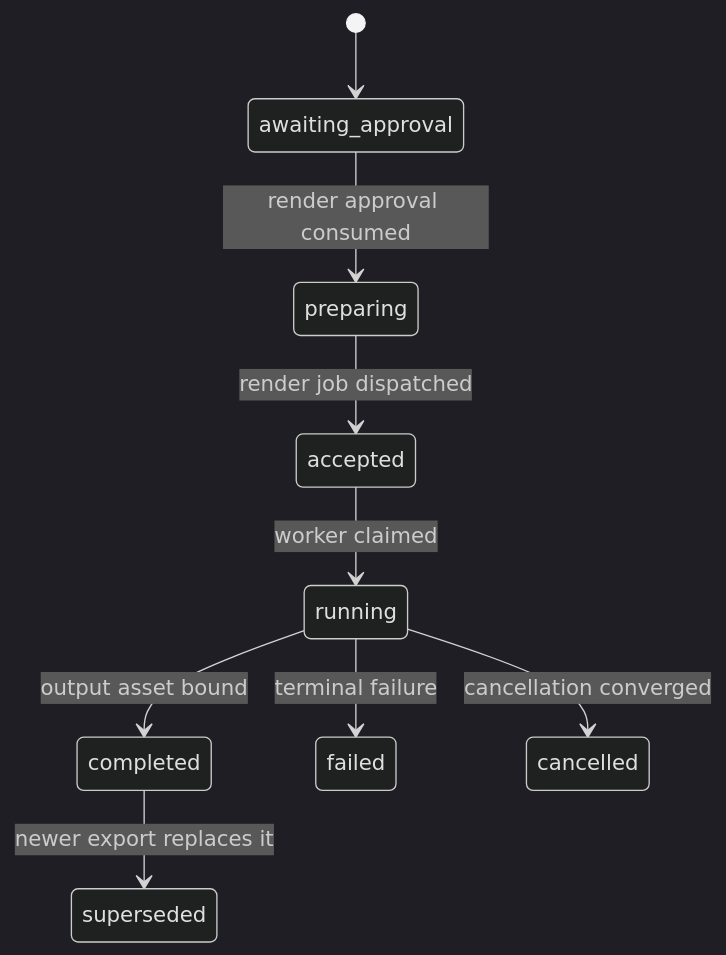
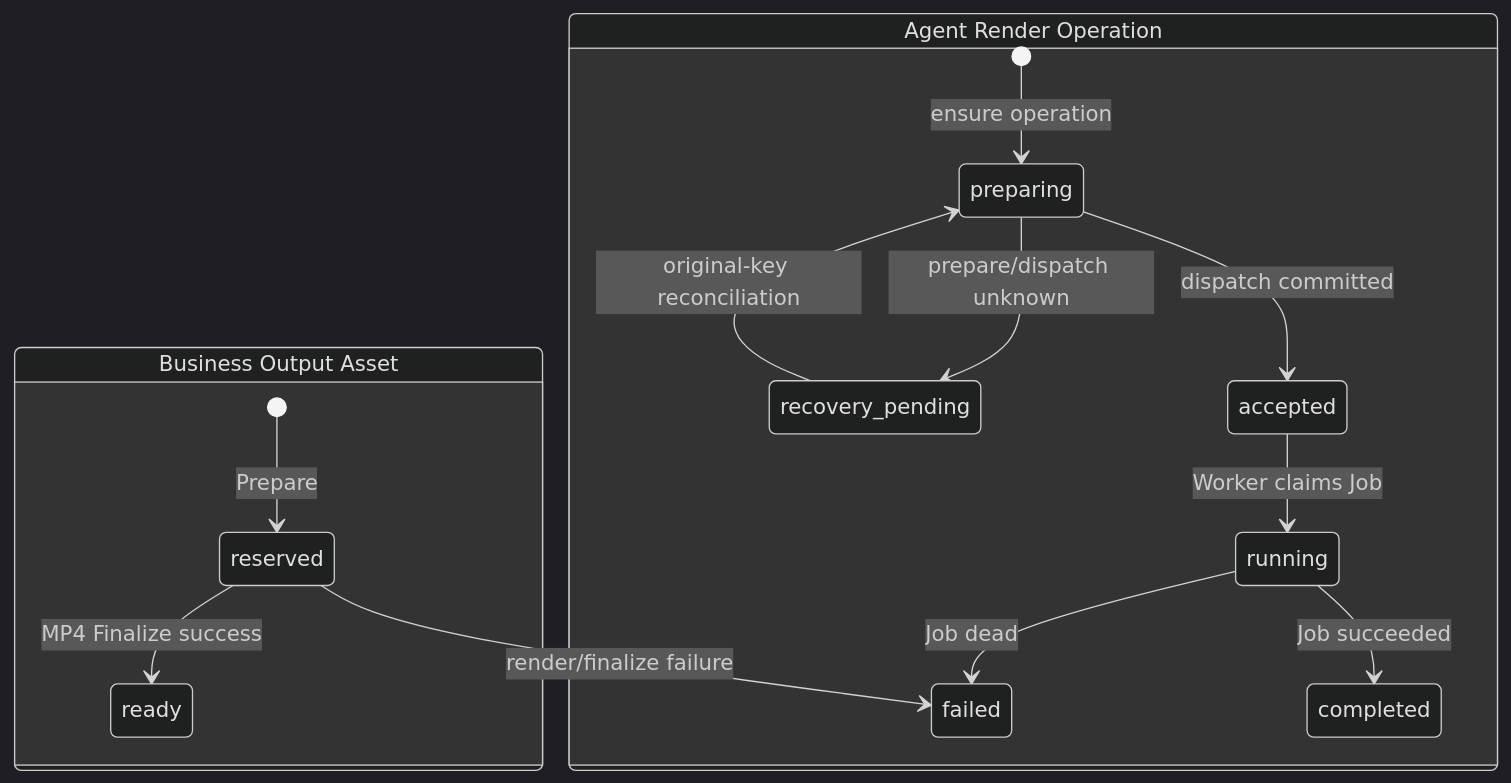
One commit to FigoGoo/Dora-Agent changed the second of 2 diagrams in docs/design/agent/graphtool/assemble_output-design.md. Above: the diagram before and after it, drawn with Mermaid (dark theme). The commit also changed other lines of this file and 68 other files, not shown here.

````diff
--- a/docs/design/agent/graphtool/assemble_output-design.md
+++ b/docs/design/agent/graphtool/assemble_output-design.md
@@ -242,11 +104,17 @@
 ```mermaid
 stateDiagram-v2
-    [*] --> awaiting_approval
-    awaiting_approval --> preparing: render approval consumed
-    preparing --> accepted: render job dispatched
-    accepted --> running: worker claimed
-    running --> completed: output asset bound
-    running --> failed: terminal failure
-    running --> cancelled: cancellation converged
-    completed --> superseded: newer export replaces it
+    state "Business Output Asset" as BA {
+        [*] --> reserved: Prepare
+        reserved --> ready: MP4 Finalize success
+        reserved --> failed: render/finalize failure
+    }
+    state "Agent Render Operation" as AO {
+        [*] --> preparing: ensure operation
+        preparing --> recovery_pending: prepare/dispatch unknown
+        recovery_pending --> preparing: original-key reconciliation
+        preparing --> accepted: dispatch committed
+        accepted --> running: Worker claims Job
+        running --> completed: Job succeeded
+        running --> failed: Job dead
+    }
 ```
````
